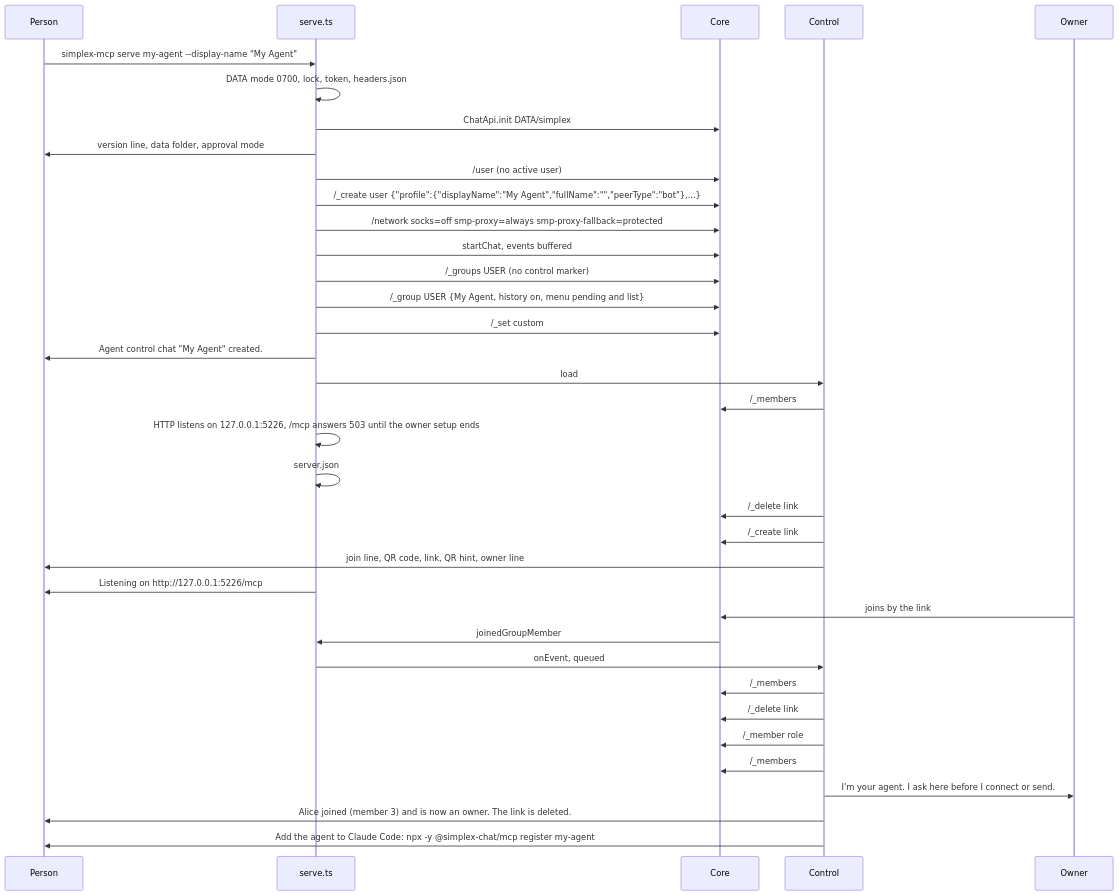
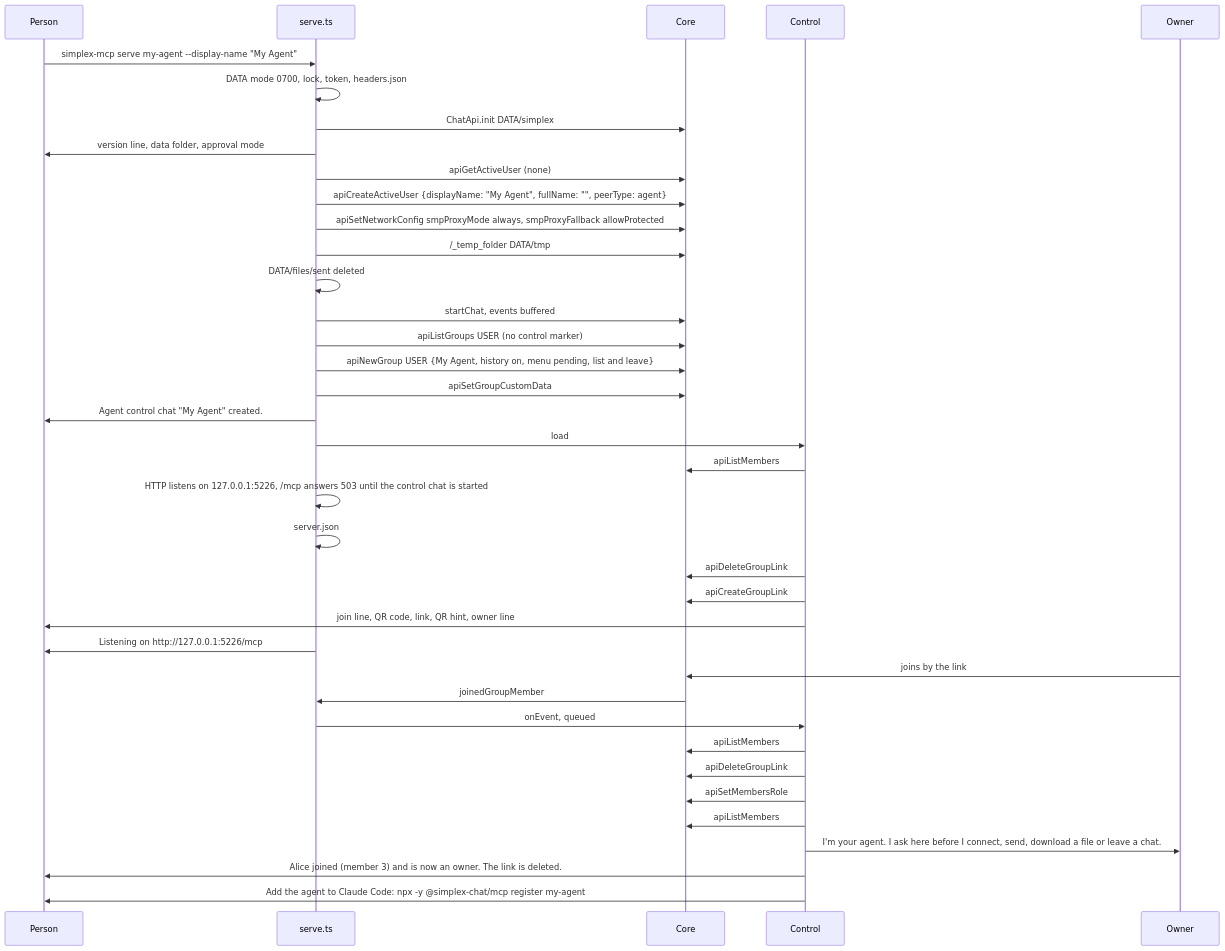
Before and after one commit to simplex-chat/simplex-chat: the first of 16 diagrams in packages/simplex-chat-mcp/spec/flows.md, drawn with Mermaid. The commit also changed other lines of this file and 34 other files, not shown here.

First line of the commit message:
mcp server: files, /leave and library methods (#7962)

````diff
--- a/packages/simplex-chat-mcp/spec/flows.md
+++ b/packages/simplex-chat-mcp/spec/flows.md
@@ -44,38 +48,40 @@
 ```mermaid
 sequenceDiagram
   participant P as Person
   participant S as serve.ts
   participant C as Core
   participant K as Control
   participant O as Owner
   P->>S: simplex-mcp serve my-agent --display-name "My Agent"
   S->>S: DATA mode 0700, lock, token, headers.json
   S->>C: ChatApi.init DATA/simplex
   S->>P: version line, data folder, approval mode
-  S->>C: /user (no active user)
-  S->>C: /_create user {"profile":{"displayName":"My Agent","fullName":"","peerType":"bot"},...}
-  S->>C: /network socks=off smp-proxy=always smp-proxy-fallback=protected
+  S->>C: apiGetActiveUser (none)
+  S->>C: apiCreateActiveUser {displayName: "My Agent", fullName: "", peerType: agent}
+  S->>C: apiSetNetworkConfig smpProxyMode always, smpProxyFallback allowProtected
+  S->>C: /_temp_folder DATA/tmp
+  S->>S: DATA/files/sent deleted
   S->>C: startChat, events buffered
-  S->>C: /_groups USER (no control marker)
-  S->>C: /_group USER {My Agent, history on, menu pending and list}
-  S->>C: /_set custom #G {"simplexMcp":{"control":true,"nextAction":1}}
+  S->>C: apiListGroups USER (no control marker)
+  S->>C: apiNewGroup USER {My Agent, history on, menu pending, list and leave}
+  S->>C: apiSetGroupCustomData #G {"simplexMcp":{"control":true,"nextAction":1}}
   S->>P: Agent control chat "My Agent" created.
   S->>K: load
-  K->>C: /_members #G
-  S->>S: HTTP listens on 127.0.0.1:5226, /mcp answers 503 until the owner setup ends
+  K->>C: apiListMembers #G
+  S->>S: HTTP listens on 127.0.0.1:5226, /mcp answers 503 until the control chat is started
   S->>S: server.json
-  K->>C: /_delete link #G (groupLinkNotFound ignored)
-  K->>C: /_create link #G member
+  K->>C: apiDeleteGroupLink #G (groupLinkNotFound ignored)
+  K->>C: apiCreateGroupLink #G member
   K->>P: join line, QR code, link, QR hint, owner line
   S->>P: Listening on http://127.0.0.1:5226/mcp
   O->>C: joins by the link
   C->>S: joinedGroupMember
   S->>K: onEvent, queued
-  K->>C: /_members #G
-  K->>C: /_delete link #G
-  K->>C: /_member role #G 3 owner
-  K->>C: /_members #G
-  K->>O: I'm your agent. I ask here before I connect or send.
+  K->>C: apiListMembers #G
+  K->>C: apiDeleteGroupLink #G
+  K->>C: apiSetMembersRole #G [3] owner
+  K->>C: apiListMembers #G
+  K->>O: I'm your agent. I ask here before I connect, send, download a file or leave a chat.
   K->>P: Alice joined (member 3) and is now an owner. The link is deleted.
   K->>P: Add the agent to Claude Code: npx -y @simplex-chat/mcp register my-agent
 ```
````
